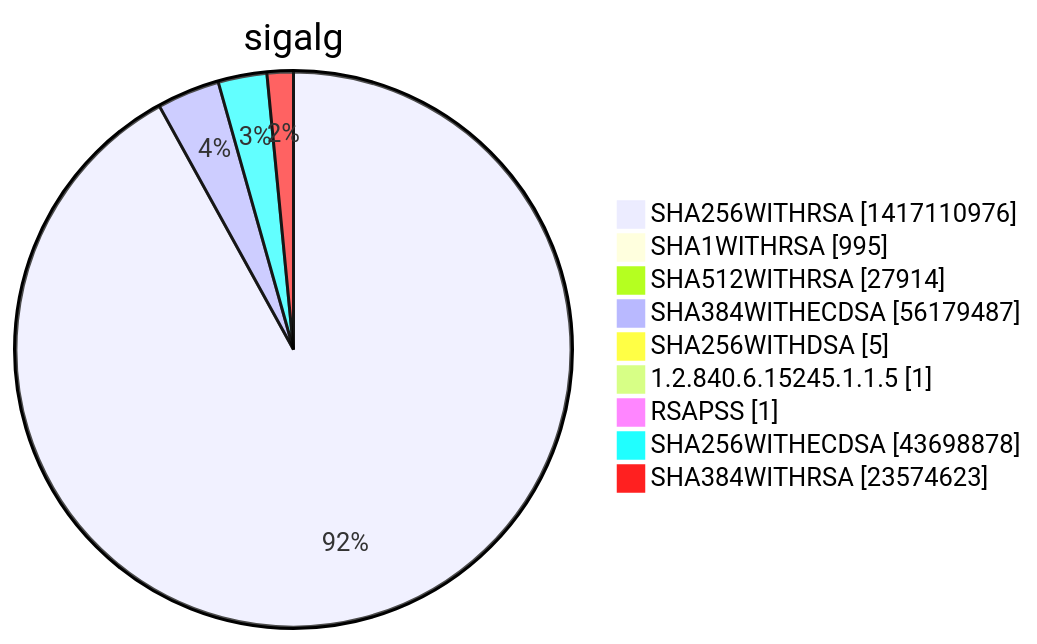
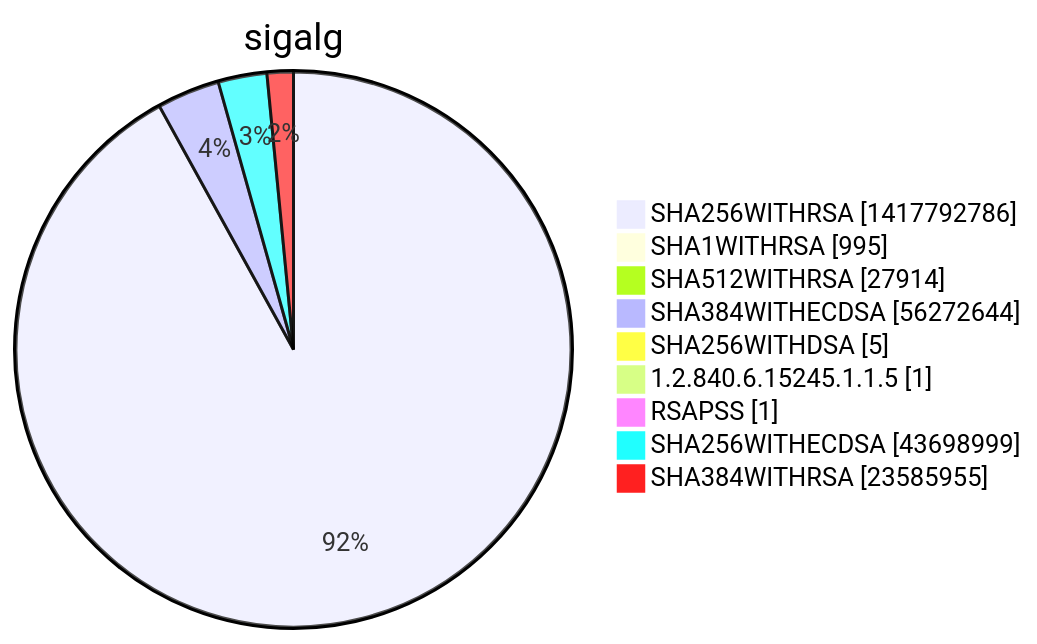
Diagram 15 of 15 in xenon2022/README.md (christiankrug/ctmonitor_visualization), drawn with Mermaid before and after one commit. The commit also changed other lines of this file, not shown here.

````diff
--- a/xenon2022/README.md
+++ b/xenon2022/README.md
@@ -5858,13 +5858,13 @@
 ```mermaid
 pie showData
 title sigalg
-"SHA256WITHRSA" :1417110976
+"SHA256WITHRSA" :1417792786
 "SHA1WITHRSA" :995
 "SHA512WITHRSA" :27914
-"SHA384WITHECDSA" :56179487
+"SHA384WITHECDSA" :56272644
 "SHA256WITHDSA" :5
 "1.2.840.6.15245.1.1.5" :1
 "RSAPSS" :1
-"SHA256WITHECDSA" :43698878
-"SHA384WITHRSA" :23574623
+"SHA256WITHECDSA" :43698999
+"SHA384WITHRSA" :23585955
 ```
````
